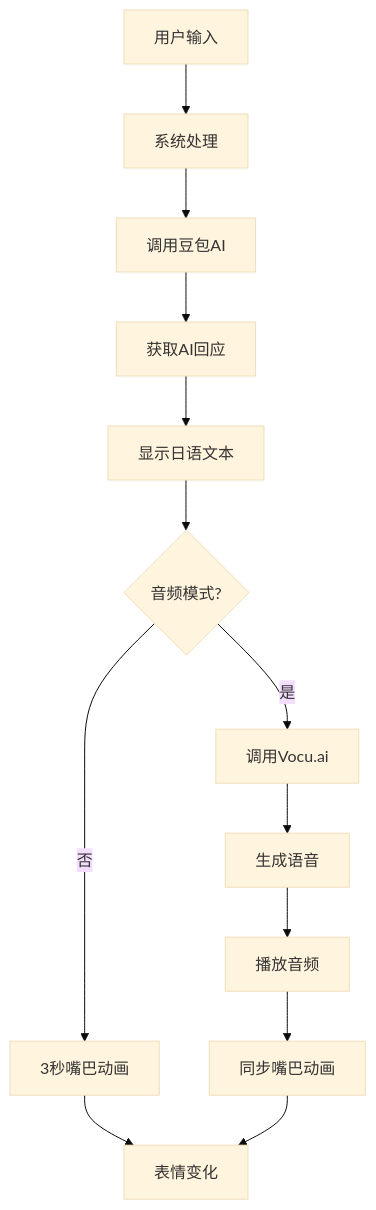
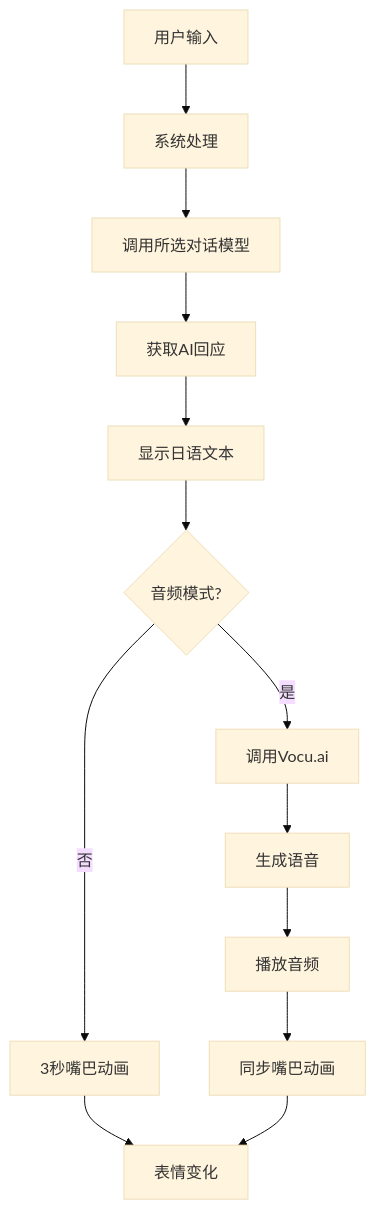
Before and after one commit to Kur1oR3iko/AMDS-RE: the diagram in README.md, drawn with Mermaid (base theme). The commit also changed other lines of this file and 23 other files, not shown here.

````diff
--- a/README.md
+++ b/README.md
@@ -53,15 +55,15 @@
 ```mermaid
 flowchart TD
     A[用户输入] --> B[系统处理]
-    B --> C[调用豆包AI]
+    B --> C[调用所选对话模型]
     C --> D[获取AI回应]
     D --> E[显示日语文本]
     E --> F{音频模式?}
     F -->|是| G[调用Vocu.ai]
     F -->|否| H[3秒嘴巴动画]
     G --> I[生成语音]
     I --> J[播放音频]
     J --> K[同步嘴巴动画]
     H --> L[表情变化]
     K --> L
 ```
````
